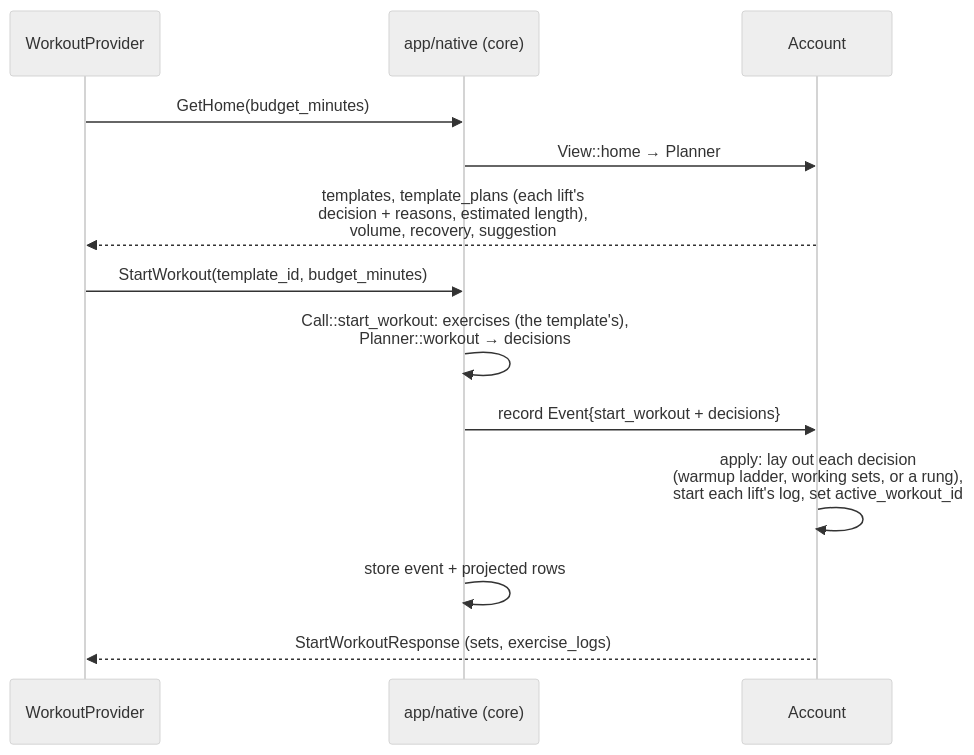
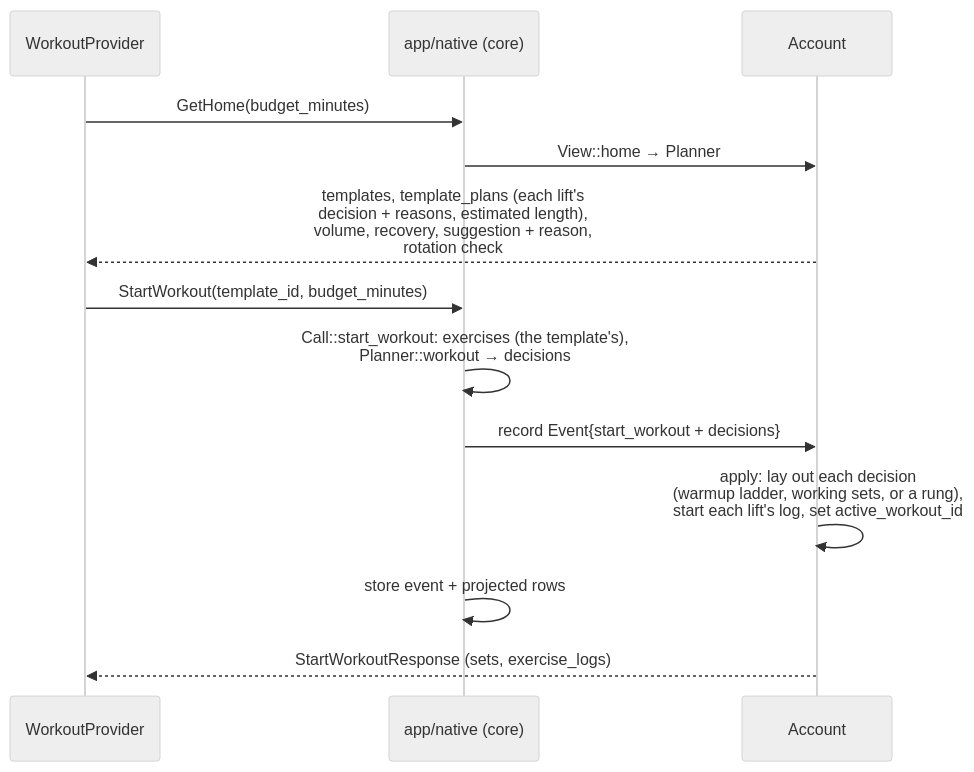
The third of 7 diagrams in docs/architecture/workout-lifecycle.md (brensch/lift), drawn with Mermaid (neutral theme) before and after one commit. The commit also changed other lines of this file and 3 other files, not shown here.

Commit message:
Docs: the rotation, the suggestion and the rotation check

````diff
--- a/docs/architecture/workout-lifecycle.md
+++ b/docs/architecture/workout-lifecycle.md
@@ -151,17 +196,17 @@
 ```mermaid
 sequenceDiagram
     participant App as WorkoutProvider
     participant N as app/native (core)
     participant A as Account
 
     App->>N: GetHome(budget_minutes)
     N->>A: View::home → Planner
-    A-->>App: templates, template_plans (each lift's<br/>decision + reasons, estimated length),<br/>volume, recovery, suggestion
+    A-->>App: templates, template_plans (each lift's<br/>decision + reasons, estimated length),<br/>volume, recovery, suggestion + reason,<br/>rotation check
 
     App->>N: StartWorkout(template_id, budget_minutes)
     N->>N: Call::start_workout: exercises (the template's),<br/>Planner::workout → decisions
     N->>A: record Event{start_workout + decisions}
     A->>A: apply: lay out each decision<br/>(warmup ladder, working sets, or a rung),<br/>start each lift's log, set active_workout_id
     N->>N: store event + projected rows
     A-->>App: StartWorkoutResponse (sets, exercise_logs)
 ```
````
